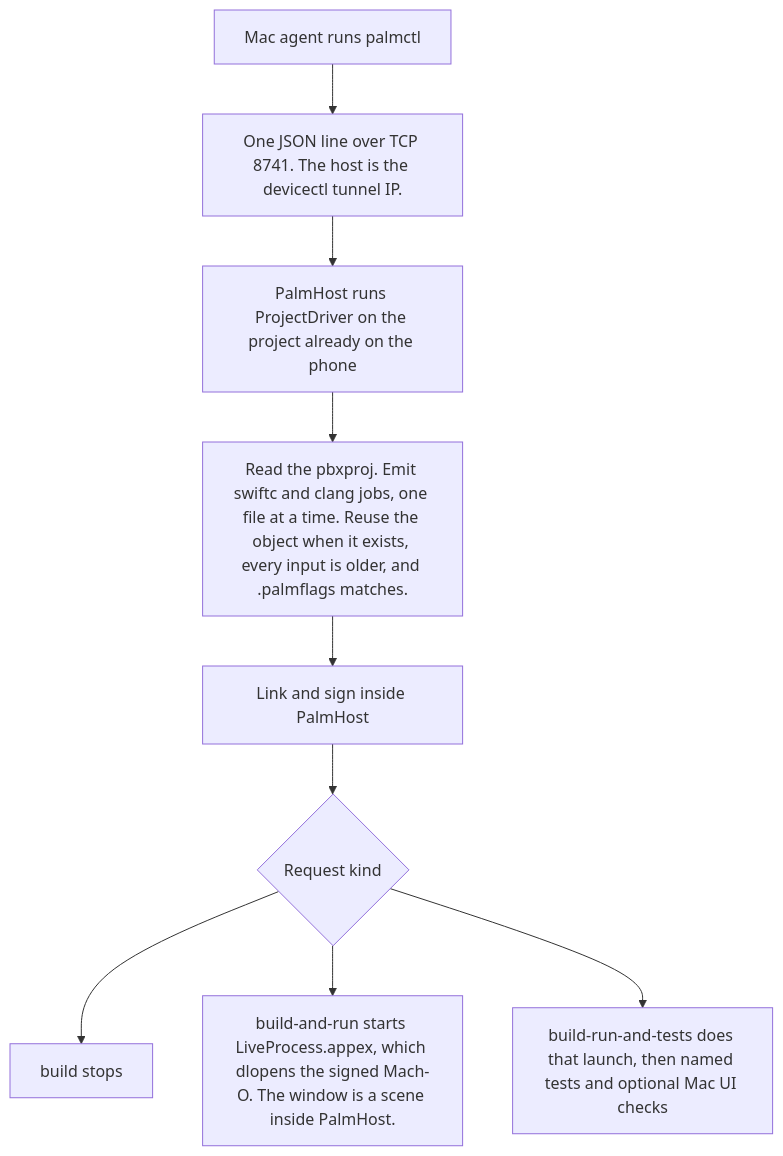
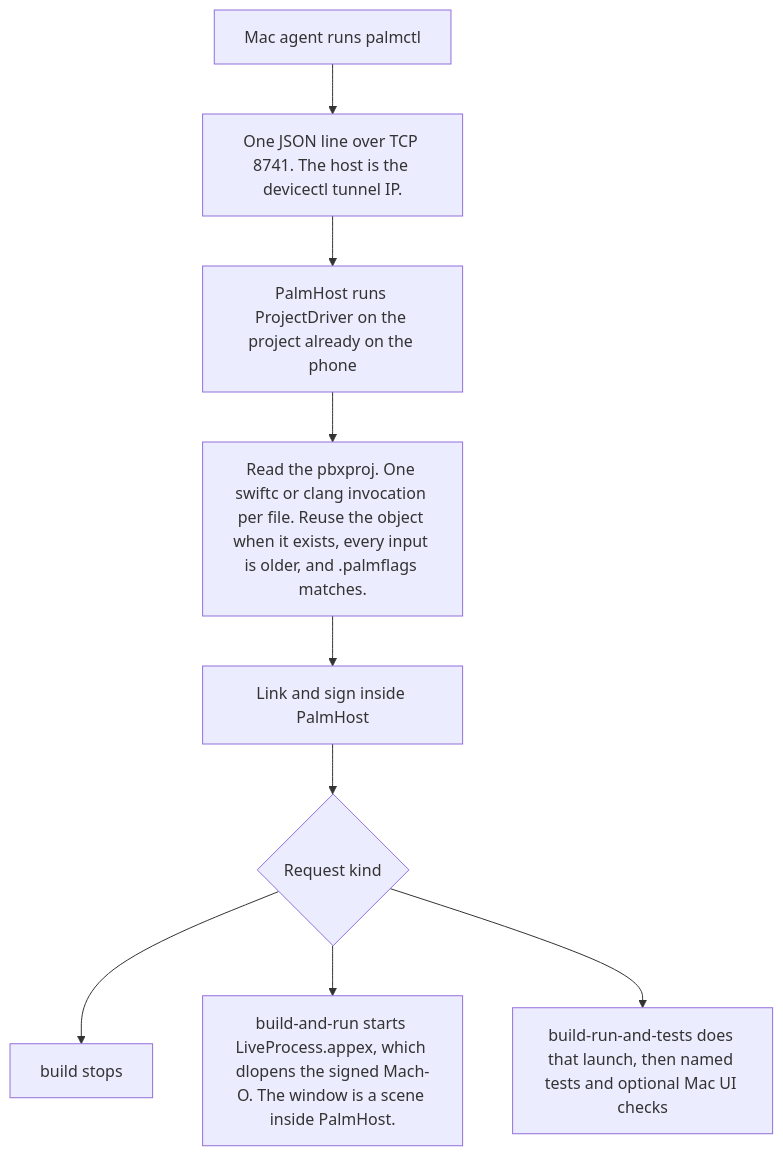
One commit to isaacy13/Palm changed the diagram in Tools/PalmControl/README.md. Above: the diagram before and after it, drawn with Mermaid. The commit also changed other lines of this file and 9 other files, not shown here.

Commit message:
fix: compile one file at a time and drop the unused thread count

````diff
--- a/Tools/PalmControl/README.md
+++ b/Tools/PalmControl/README.md
@@ -7,17 +7,17 @@
 ```mermaid
 flowchart TD
   agent["Mac agent runs palmctl"]
   wire["One JSON line over TCP 8741. The host is the devicectl tunnel IP."]
   host["PalmHost runs ProjectDriver on the project already on the phone"]
-  compile["Read the pbxproj. Emit swiftc and clang jobs, one file at a time. Reuse the object when it exists, every input is older, and .palmflags matches."]
+  compile["Read the pbxproj. One swiftc or clang invocation per file. Reuse the object when it exists, every input is older, and .palmflags matches."]
   signed["Link and sign inside PalmHost"]
   kind{"Request kind"}
   buildStop["build stops"]
   launch["build-and-run starts LiveProcess.appex, which dlopens the signed Mach-O. The window is a scene inside PalmHost."]
   tested["build-run-and-tests does that launch, then named tests and optional Mac UI checks"]
 
   agent --> wire --> host --> compile --> signed --> kind
   kind --> buildStop
   kind --> launch
   kind --> tested
 ```
````
